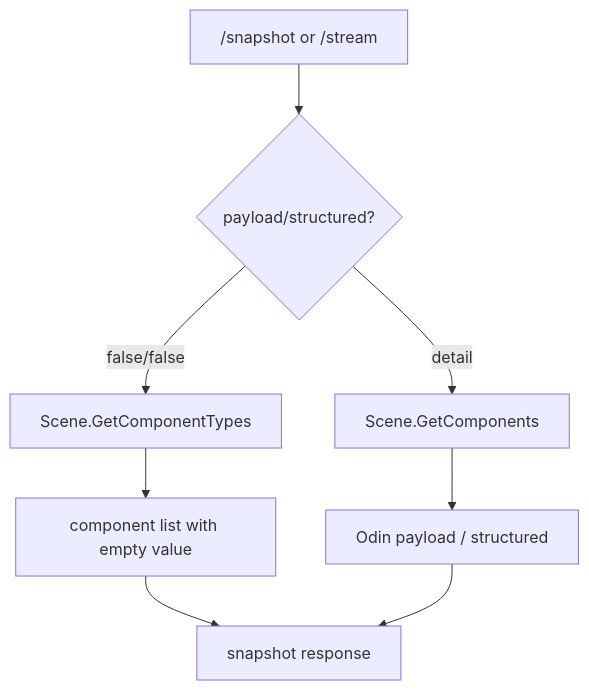
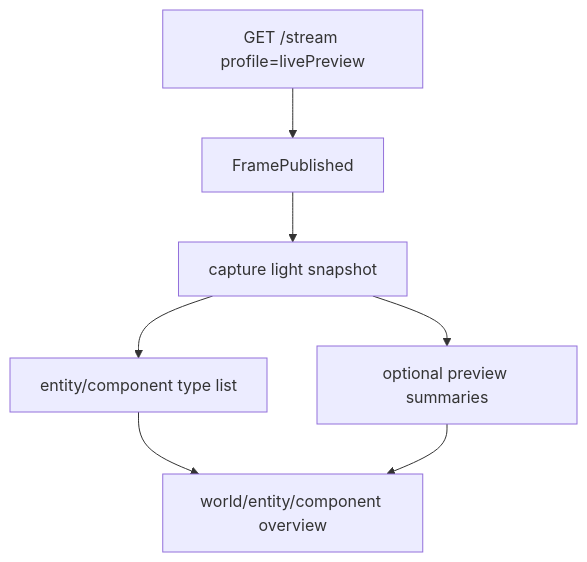
Before and after one commit to wqaetly/NKGGameFramework: the second of 6 diagrams in docs/debug-and-dump.md, drawn with Mermaid. The commit also changed other lines of this file and 26 other files, not shown here.

````diff
--- a/docs/debug-and-dump.md
+++ b/docs/debug-and-dump.md
@@ -35,10 +65,9 @@
 ```mermaid
 flowchart TD
-    Request["/snapshot or /stream"] --> Summary{"payload/structured?"}
-    Summary -->|false/false| Types["Scene.GetComponentTypes"]
-    Types --> Light["component list with empty value"]
-    Summary -->|detail| Values["Scene.GetComponents"]
-    Values --> Odin["Odin payload / structured"]
-    Light --> Response["snapshot response"]
-    Odin --> Response
+    Stream["GET /stream profile=livePreview"] --> Frame["FramePublished"]
+    Frame --> Capture["capture light snapshot"]
+    Capture --> Types["entity/component type list"]
+    Capture --> Summaries["optional preview summaries"]
+    Types --> UI["world/entity/component overview"]
+    Summaries --> UI
 ```
````
